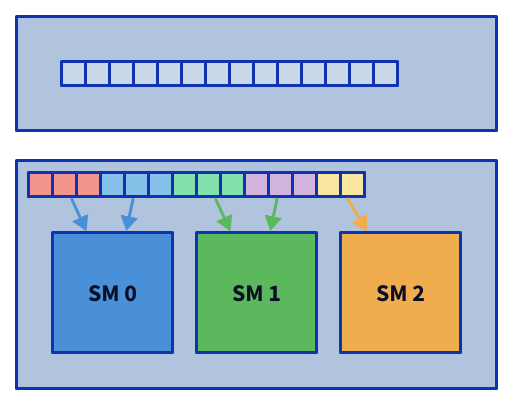
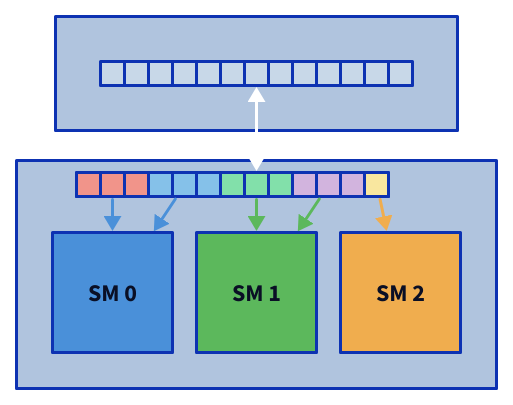
The diagram in d2/do_concurrent.d2 (marshallward/nrl2026), drawn with D2 before and after one commit. The commit also changed 3 other files, not shown here.

Commit message:
do concurrent draft figure

```diff
--- a/d2/do_concurrent.d2
+++ b/d2/do_concurrent.d2
@@ -1,132 +1,147 @@
 style.fill: transparent
 
 grid-rows: 2
 grid-columns: 1
-grid-gap: 20
 
-host: "" {
+host: {
+    near: top-center
     label: ""
     style.fill: lightsteelblue
  
     array: {
         label: ""
         #label: "do concurrent (i=1,14)"
         #style.font-size: 14
         #style.font: mono
         style.fill: transparent
         style.stroke: transparent
         grid-columns: 14
         grid-gap: 0
         #style.fill: "#e8e8e8"
         
         *.style.fill: "#c8d8e8"
         *.label: ""
         *.width: 16
         *.height: 16
         
-        e1; e2; e3; e4; e5; e6; e7; e8; e9; e10; e11; e12; e13; e14
+        e1; e2; e3; e4; e5; e6; e7; e8; e9; e10; e11; e12; e13;
     }
 }
 
 
 device: "" {
     label: ""
     style.font-color: white
     style.fill: lightsteelblue
     
     grid-rows: 2
     grid-gap: 8
     
     chunks: {
         label: ""
         style.fill: transparent
         style.stroke: transparent
         grid-columns: 5
         grid-rows: 1
         grid-gap: 0
         
         *.label: ""
         *.grid-columns: 3
         *.grid-rows: 1
         *.grid-gap: 0
+
+        c0: {
+            style.fill: transparent
+            style.stroke: transparent
+            t1: "" { style.fill: transparent; style.stroke: transparent; width: 16; height: 16 }
+            t2: "" { style.fill: transparent; style.stroke: transparent; width: 16; height: 16 }
+            #t3: "" { style.fill: transparent; style.stroke: transparent; width: 16; height: 16 }
+        }
         
         c1: {
             style.fill: "#e74c3c"
             t1: "" { style.fill: "#f1948a"; width: 16; height: 16 }
             t2: "" { style.fill: "#f1948a"; width: 16; height: 16 }
             t3: "" { style.fill: "#f1948a"; width: 16; height: 16 }
         }
         c2: {
             style.fill: "#3498db"
             t1: "" { style.fill: "#85c1e9"; width: 16; height: 16 }
             t2: "" { style.fill: "#85c1e9"; width: 16; height: 16 }
             t3: "" { style.fill: "#85c1e9"; width: 16; height: 16 }
         }
         c3: {
             style.fill: "#2ecc71"
             t1: "" { style.fill: "#82e0aa"; width: 16; height: 16 }
             t2: "" { style.fill: "#82e0aa"; width: 16; height: 16 }
             t3: "" { style.fill: "#82e0aa"; width: 16; height: 16 }
         }
         c4: {
             style.fill: "#9b59b6"
             t1: "" { style.fill: "#d2b4de"; width: 16; height: 16 }
             t2: "" { style.fill: "#d2b4de"; width: 16; height: 16 }
             t3: "" { style.fill: "#d2b4de"; width: 16; height: 16 }
         }
         c5: {
             style.fill: "#f39c12"
             t1: "" { style.fill: "#f9e79f"; width: 16; height: 16 }
-            t2: "" { style.fill: "#f9e79f"; width: 16; height: 16 }
+            #t2: "" { style.fill: "#f9e79f"; width: 16; height: 16 }
         }
     }
 
     sms: {
         label: ""
         style.fill: transparent
         style.stroke: transparent
 
         *.width: 80
         *.height: 80
 
         grid-columns: 3
         grid-gap: 16
         
         sm1: SM 0 {
             style.fill: "#4a90d9"
         }
         sm2: SM 1 {
             style.fill: "#5cb85c"
         }
         sm3: SM 2 {
             style.fill: "#f0ad4e"
         }
     }
 }
 
-#host.array -> device.chunks: "allocate()" {
-#    style.font: mono
-#    #style.stroke: white
-#    #style.font-color: white
-#}
+host.array <-> device.chunks: "" {
+    #style.font: mono
+    style.stroke: white
+    #style.font-color: white
+}
 
 device.chunks.c1 -> device.sms.sm1 {
     style.stroke: "#4a90d9"
     style.stroke-width: 2
 }
+
 device.chunks.c2 -> device.sms.sm1 {
+#device.chunks.c2 -> device.sms.sm2 {
     style.stroke: "#4a90d9"
+    #style.stroke: "#5cb85c"
     style.stroke-width: 2
 }
+
 device.chunks.c3 -> device.sms.sm2 {
     style.stroke: "#5cb85c"
     style.stroke-width: 2
 }
+
 device.chunks.c4 -> device.sms.sm2 {
+#device.chunks.c4 -> device.sms.sm3 {
     style.stroke: "#5cb85c"
+    #style.stroke: "#f0ad4e"
     style.stroke-width: 2
 }
 device.chunks.c5 -> device.sms.sm3 {
     style.stroke: "#f0ad4e"
     style.stroke-width: 2
 }
```
